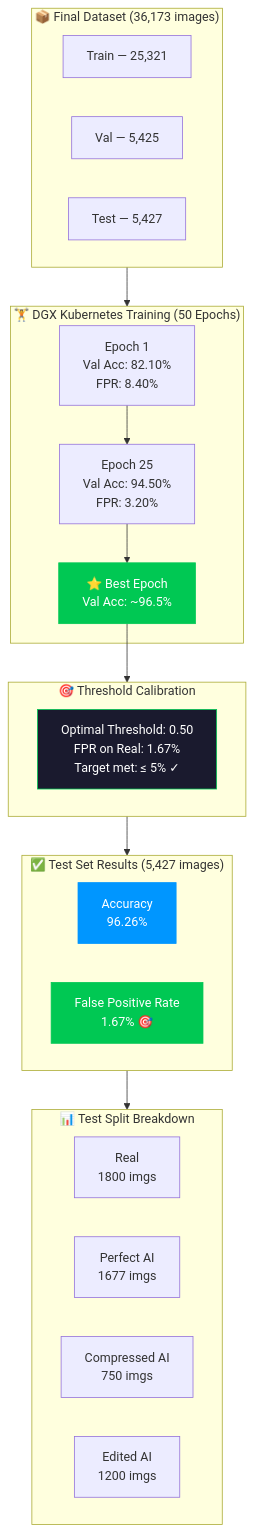
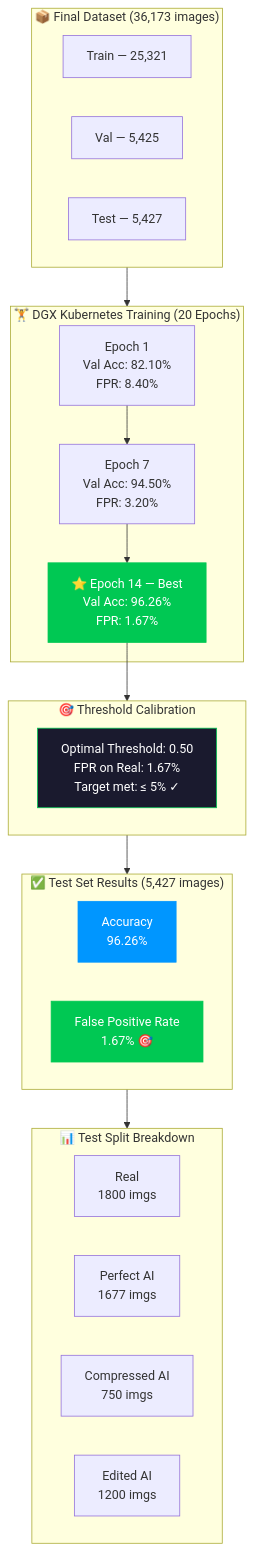
One commit to RKG765/FoodGuard changed the sixth of 6 diagrams in README.md. Above: the diagram before and after it, drawn with Mermaid.

Commit message:
Correct training epoch diagram

````diff
--- a/README.md
+++ b/README.md
@@ -296,42 +296,42 @@
 ```mermaid
 flowchart TD
     subgraph Dataset["📦 Final Dataset (36,173 images)"]
         T["Train — 25,321"]
         V["Val — 5,425"]
         TS["Test — 5,427"]
     end
 
-    subgraph Journey["🏋️ DGX Kubernetes Training (50 Epochs)"]
+    subgraph Journey["🏋️ DGX Kubernetes Training (20 Epochs)"]
         E1["Epoch 1\nVal Acc: 82.10%\nFPR: 8.40%"]
-        E_Mid["Epoch 25\nVal Acc: 94.50%\nFPR: 3.20%"]
-        E_Best["⭐ Best Epoch\nVal Acc: ~96.5%"]
+        E_Mid["Epoch 7\nVal Acc: 94.50%\nFPR: 3.20%"]
+        E_Best["⭐ Epoch 14 — Best\nVal Acc: 96.26%\nFPR: 1.67%"]
     end
 
     subgraph Calibration["🎯 Threshold Calibration"]
         TH["Optimal Threshold: 0.50\nFPR on Real: 1.67%\nTarget met: ≤ 5% ✓"]
     end
 
     subgraph TestResults["✅ Test Set Results (5,427 images)"]
         direction LR
         ACC["Accuracy\n96.26%"]
         FPR["False Positive Rate\n1.67% 🎯"]
     end
 
     subgraph CM["📊 Test Split Breakdown"]
         R["Real\n1800 imgs"]
         P["Perfect AI\n1677 imgs"]
         C["Compressed AI\n750 imgs"]
         E["Edited AI\n1200 imgs"]
     end
 
     Dataset --> Journey
     E1 --> E_Mid --> E_Best
     E_Best --> Calibration
     Calibration --> TestResults
     TestResults --> CM
 
     style E_Best fill:#00c853,stroke:#00c853,color:#fff
     style FPR fill:#00c853,stroke:#00c853,color:#fff
     style ACC fill:#0096ff,stroke:#0096ff,color:#fff
     style TH  fill:#1a1a2e,stroke:#00c853,color:#fff
 ```
````
